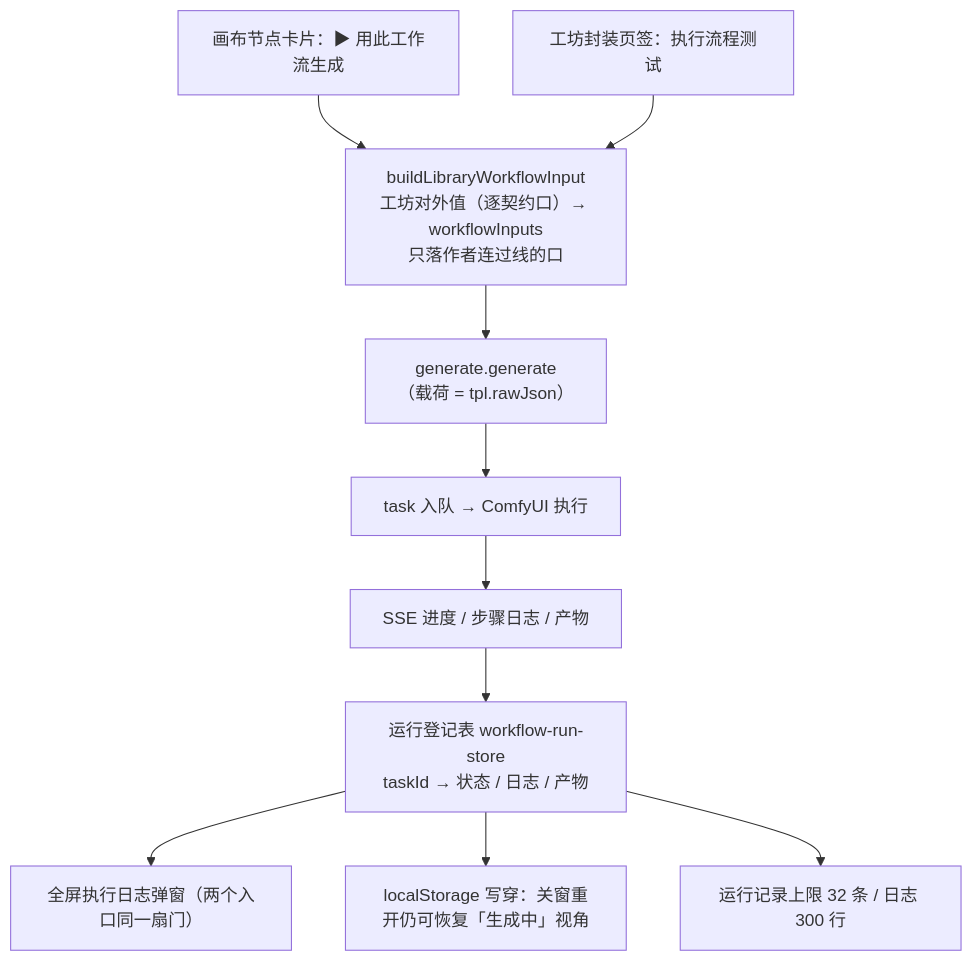
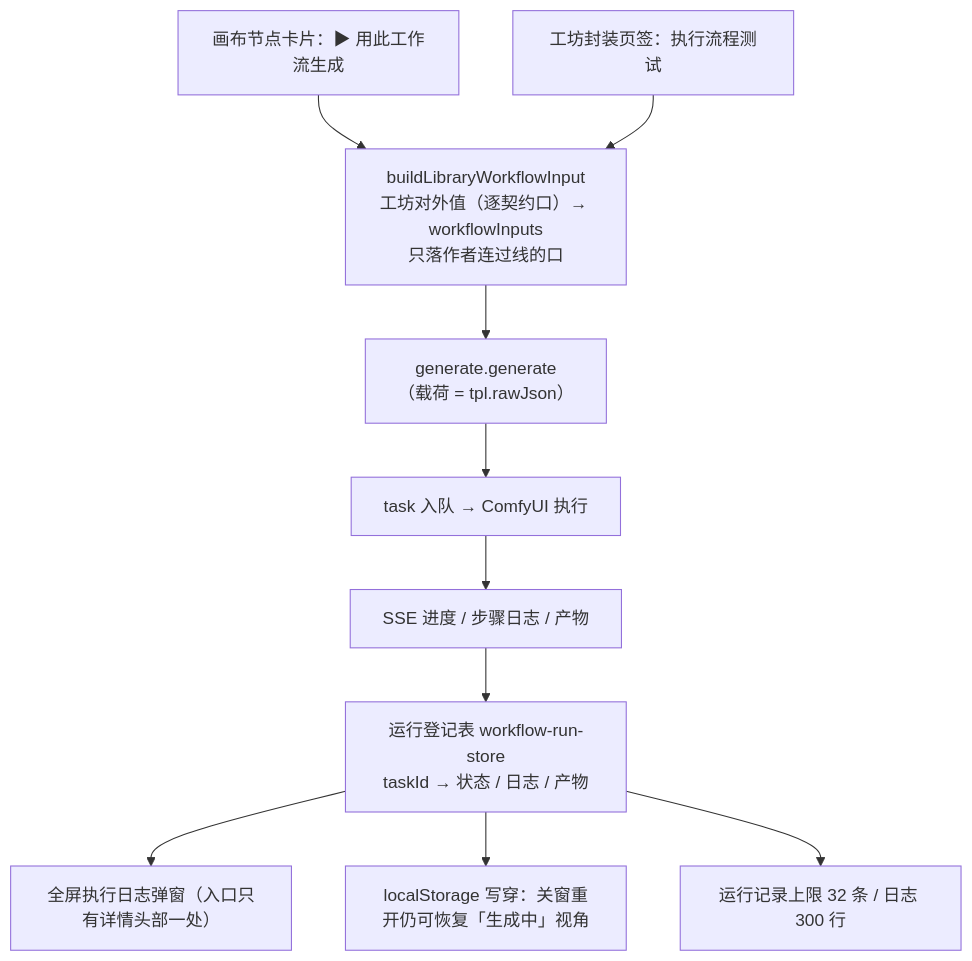
The seventh of 8 diagrams in docs/guides/feature-workflow-library-flow.md (wuxianyuedu/comfy-app), drawn with Mermaid before and after one commit. The commit also changed other lines of this file and 7 other files, not shown here.

````diff
--- a/docs/guides/feature-workflow-library-flow.md
+++ b/docs/guides/feature-workflow-library-flow.md
@@ -229,12 +229,12 @@
 ```mermaid
 flowchart TD
   E1["画布节点卡片：▶ 用此工作流生成"] --> BUILD
   E2["工坊封装页签：执行流程测试"] --> BUILD
   BUILD["buildLibraryWorkflowInput<br/>工坊对外值（逐契约口）→ workflowInputs<br/>只落作者连过线的口"] --> GEN["generate.generate<br/>（载荷 = tpl.rawJson）"]
   GEN --> TASK["task 入队 → ComfyUI 执行"]
   TASK --> SSE["SSE 进度 / 步骤日志 / 产物"]
   SSE --> REG["运行登记表 workflow-run-store<br/>taskId → 状态 / 日志 / 产物"]
-  REG --> MODAL["全屏执行日志弹窗（两个入口同一扇门）"]
+  REG --> MODAL["全屏执行日志弹窗（入口只有详情头部一处）"]
   REG --> LS["localStorage 写穿：关窗重开仍可恢复「生成中」视角"]
   REG --> R3["运行记录上限 32 条 / 日志 300 行"]
 ```
````
